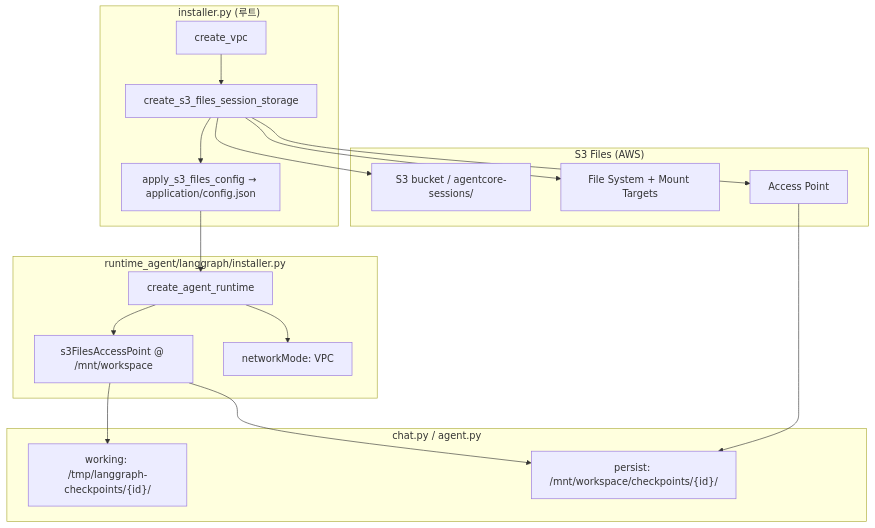
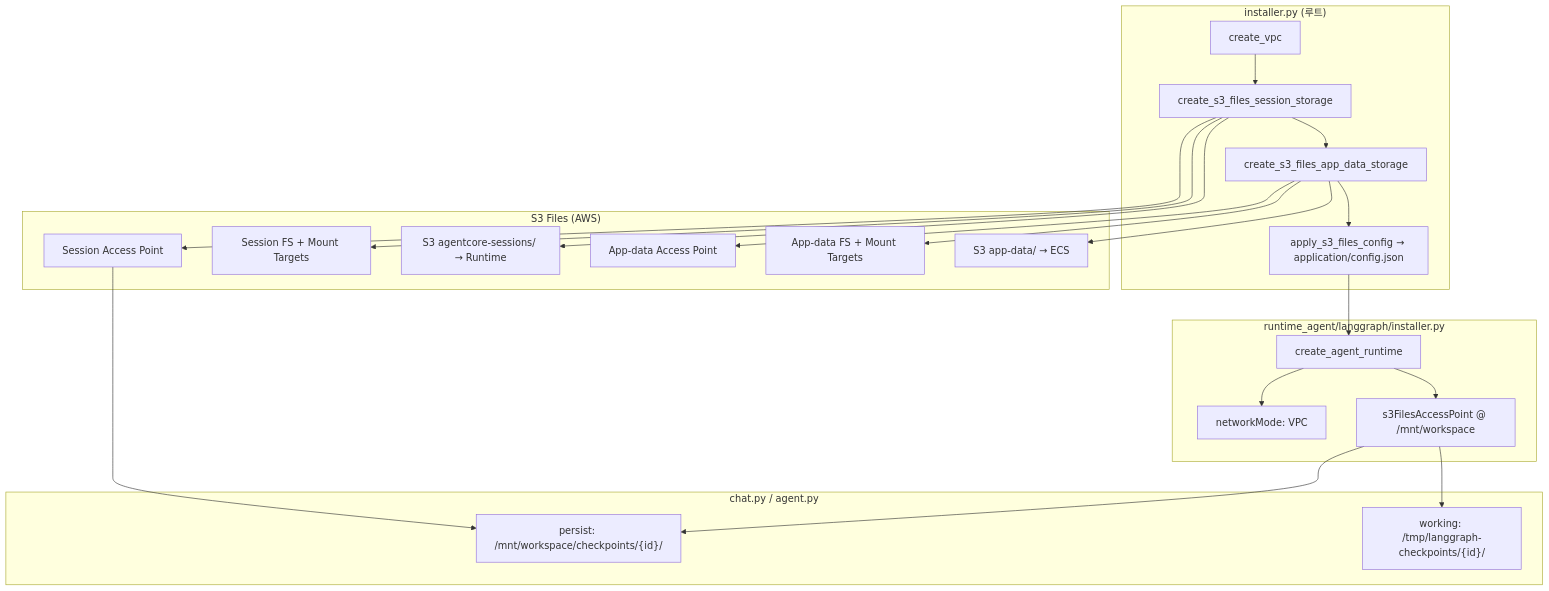
Before and after one commit to kyopark2014/agentic-work: the third of 4 diagrams in README.md, drawn with Mermaid. The commit also changed other lines of this file and 10 other files, not shown here.

First line of the commit message:
Isolate ECS app data on a dedicated app-data S3 Files mount.

````diff
--- a/README.md
+++ b/README.md
@@ -1160,34 +1160,41 @@
 ```mermaid
 flowchart TB
     subgraph root_installer ["installer.py (루트)"]
         A[create_vpc] --> B[create_s3_files_session_storage]
-        B --> C[apply_s3_files_config → application/config.json]
+        B --> B2[create_s3_files_app_data_storage]
+        B2 --> C[apply_s3_files_config → application/config.json]
     end
 
     subgraph s3files_aws ["S3 Files (AWS)"]
-        D[S3 bucket / agentcore-sessions/]
-        E[File System + Mount Targets]
-        F[Access Point]
+        D[S3 agentcore-sessions/ → Runtime]
+        D2[S3 app-data/ → ECS]
+        E[Session FS + Mount Targets]
+        E2[App-data FS + Mount Targets]
+        F[Session Access Point]
+        F2[App-data Access Point]
     end
 
     subgraph runtime_installer ["runtime_agent/langgraph/installer.py"]
         G[create_agent_runtime]
         H["s3FilesAccessPoint @ /mnt/workspace"]
         I["networkMode: VPC"]
     end
 
     subgraph runtime_agent ["chat.py / agent.py"]
         J["working: /tmp/langgraph-checkpoints/{id}/"]
         K["persist: /mnt/workspace/checkpoints/{id}/"]
     end
 
     B --> D
     B --> E
     B --> F
+    B2 --> D2
+    B2 --> E2
+    B2 --> F2
     C --> G
     G --> H
     G --> I
     H --> J
     H --> K
     F --> K
 ```
````
